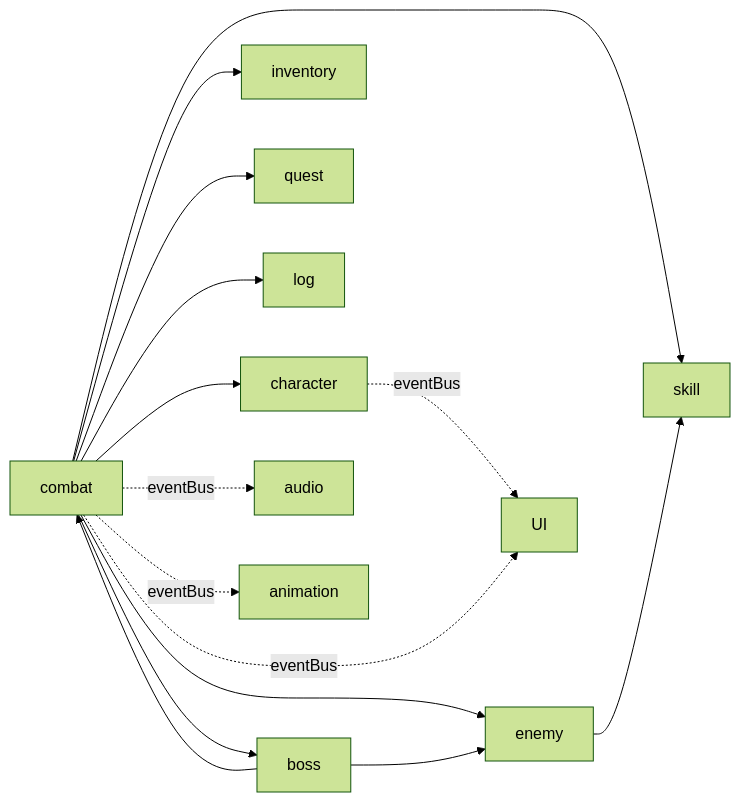
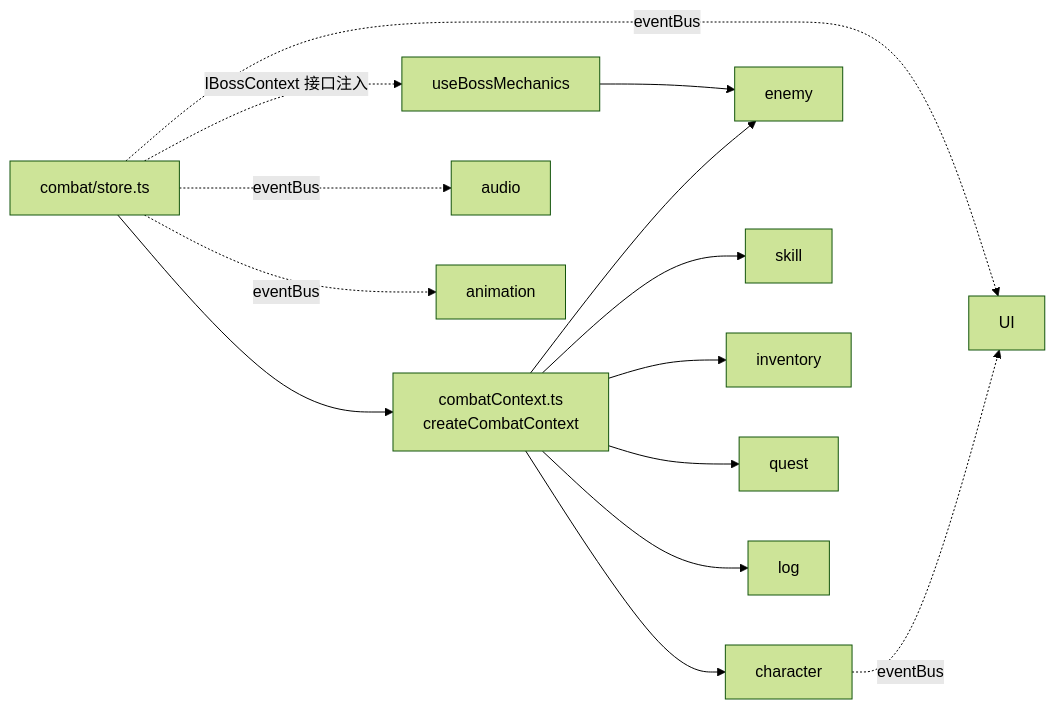
The third of 10 diagrams in doc/project/DEPENDENCY_GRAPH.md (SonDemigods/wow_dnd), drawn with Mermaid (forest theme) before and after one commit. The commit also changed other lines of this file and 4 other files, not shown here.

````diff
--- a/doc/project/DEPENDENCY_GRAPH.md
+++ b/doc/project/DEPENDENCY_GRAPH.md
@@ -284,18 +345,17 @@
 ```mermaid
 graph LR
-    combat --> character
-    combat --> enemy
-    combat --> skill
-    combat --> inventory
-    combat --> quest
-    combat --> log
-    combat --> boss
+    combat[combat/store.ts] --> combatContext[combatContext.ts<br/>createCombatContext]
+    combatContext --> character
+    combatContext --> enemy
+    combatContext --> skill
+    combatContext --> inventory
+    combatContext --> quest
+    combatContext --> log
+    combat -.->|IBossContext 接口注入| boss[useBossMechanics]
     boss --> enemy
-    boss --> combat
-    enemy --> skill
 
     character -.->|eventBus| UI
     combat -.->|eventBus| UI
     combat -.->|eventBus| audio
     combat -.->|eventBus| animation
 ```
````
